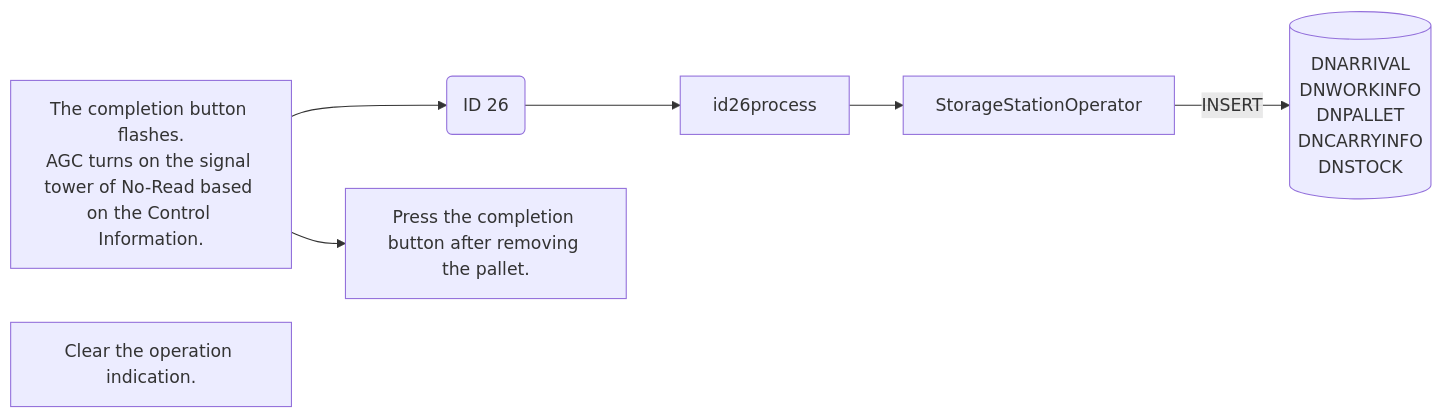
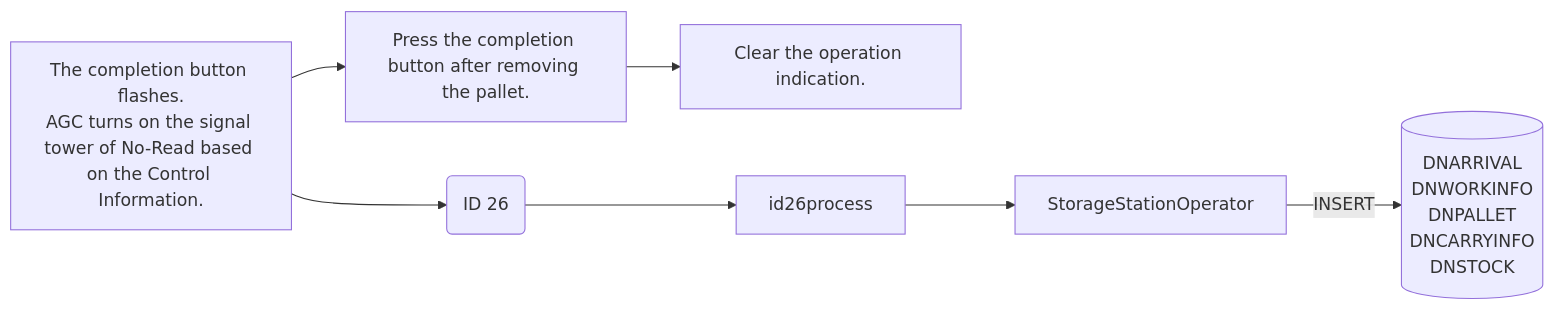
Before and after one commit to luthfiadityaa/SimeDarby-Wiki: the tenth of 10 diagrams in Basic-Design/DFD-WMS/Storage/Palletizing-Settting/Irregular-Cases.md, drawn with Mermaid.

Commit message:
Updated Irregular Cases

```diff
--- a/Basic-Design/DFD-WMS/Storage/Palletizing-Settting/Irregular-Cases.md
+++ b/Basic-Design/DFD-WMS/Storage/Palletizing-Settting/Irregular-Cases.md
@@ -428,34 +428,34 @@
 ::: mermaid
 flowchart LR
 
 releaseCommand["
 The completion button flashes.
 AGC turns on the signal tower of No-Read based on the Control Information. 
 "]
 
 id26msg("
 ID 26
 ")
 
 id26-insert[("
    DNARRIVAL
    DNWORKINFO
    DNPALLET
    DNCARRYINFO
    DNSTOCK		
 ")]
 
 storageStationOperator[StorageStationOperator]
 
 releaseCommand2["
 Press the completion button after removing the pallet.
 "]
 
 releaseCommand3["
 Clear the operation indication. 
 "]
 
-releaseCommand-->releaseCommand2
+releaseCommand-->releaseCommand2-->releaseCommand3
 releaseCommand-->id26msg-->id26process-->storageStationOperator
 storageStationOperator--> |INSERT| id26-insert
 :::
```
